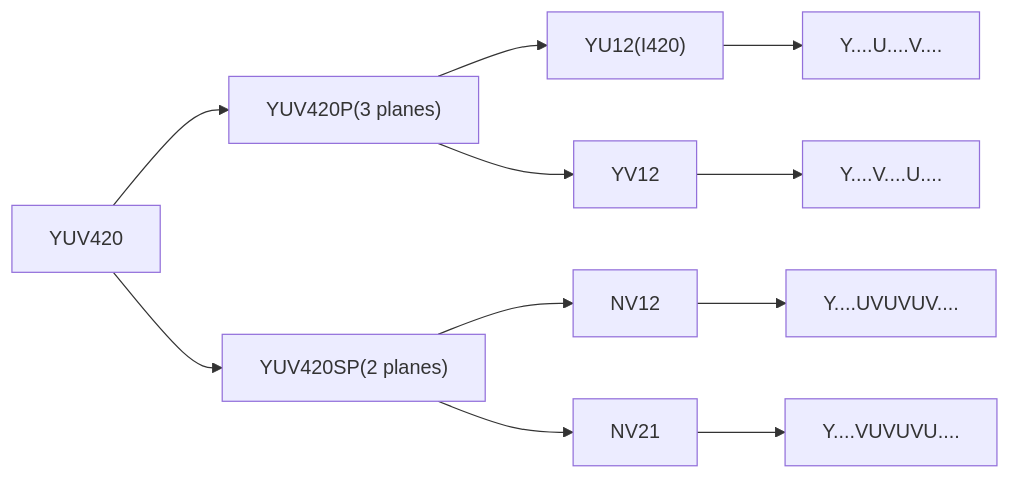
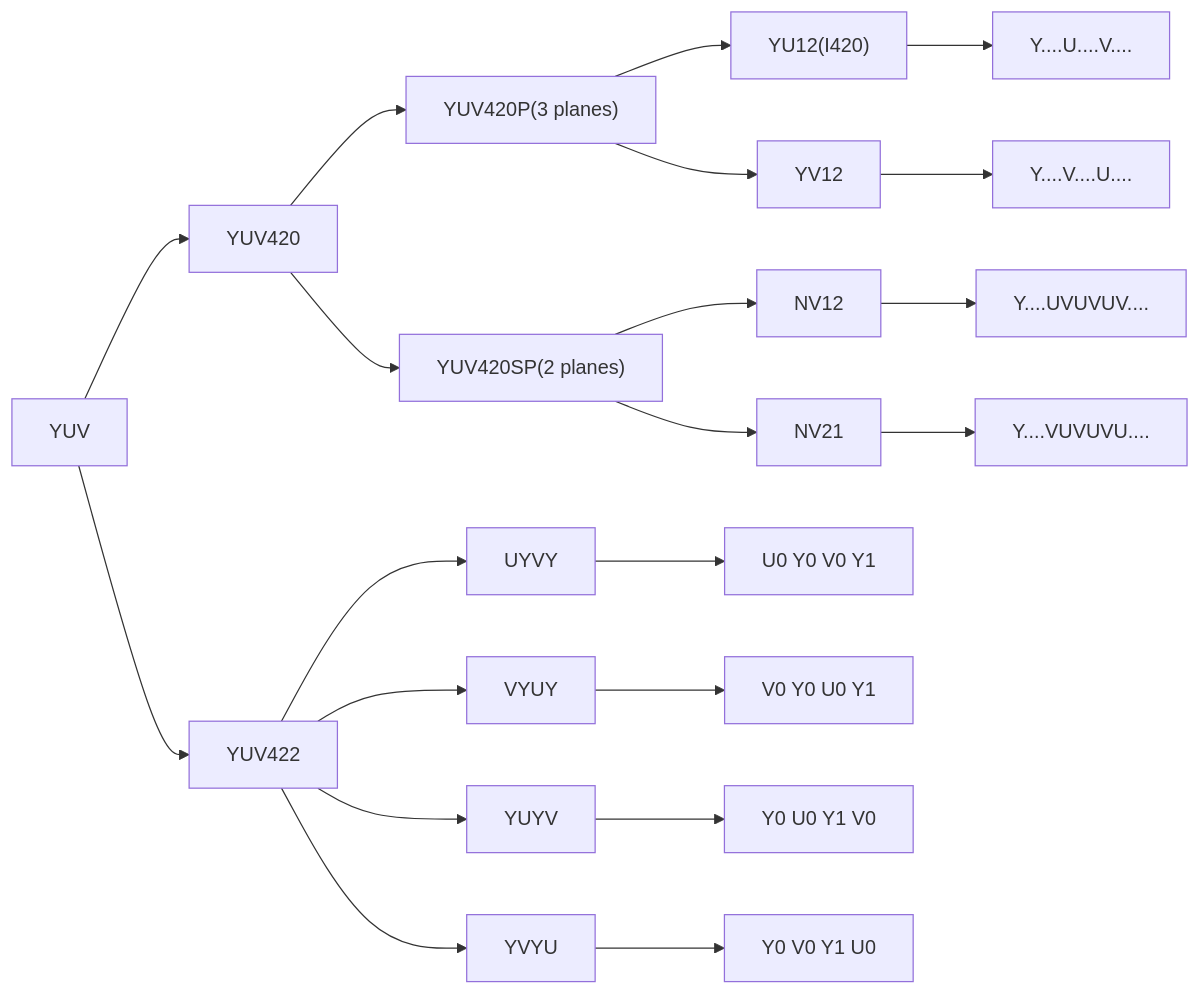
Before and after one commit to LeRoii/LeRoii.github.io: the diagram in _posts/2022-07-17-YUV格式介绍.md, drawn with Mermaid. The commit also changed other lines of this file and 2 other files, not shown here.

Commit message:
update yuv

````diff
--- a/_posts/2022-07-17-YUV格式介绍.md
+++ b/_posts/2022-07-17-YUV格式介绍.md
@@ -71,11 +83,18 @@
 ```mermaid
 graph LR
 
-A[YUV420] --> B["YUV420P(3 planes)"]
+A0[YUV] --> A[YUV420]
+A --> B["YUV420P(3 planes)"]
 A --> C["YUV420SP(2 planes)" ]
 B --> D["YU12(I420)"] --> E[Y....U....V....]
 B --> F["YV12"] --> G[Y....V....U....]
 C --> H["NV12"] --> I[Y....UVUVUV....]
 C --> J["NV21"] --> K[Y....VUVUVU....]
 
+A0[YUV] --> A2[YUV422]
+A2 --> A3[UYVY] --> A7[U0 Y0 V0 Y1]
+A2 --> A4[VYUY] --> A8[V0 Y0 U0 Y1]
+A2 --> A5[YUYV] --> A9[Y0 U0 Y1 V0]
+A2 --> A6[YVYU] --> A10[Y0 V0 Y1 U0]
+
 ```
````
